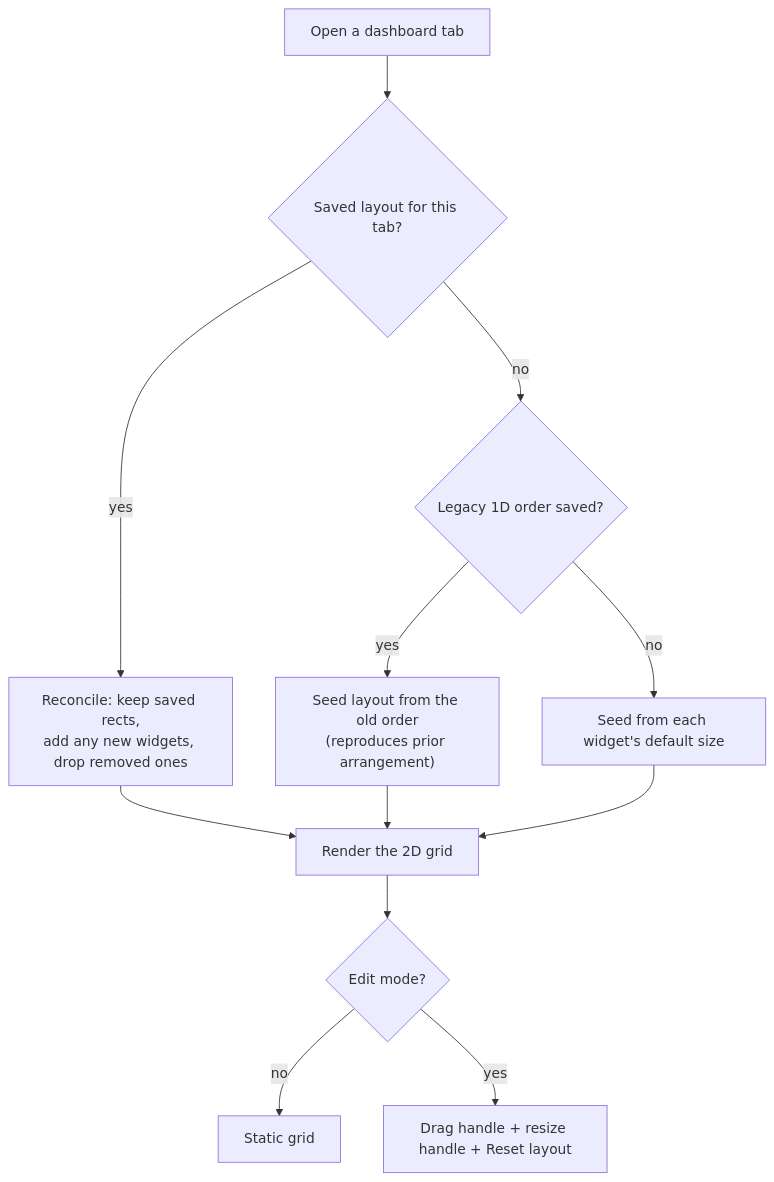
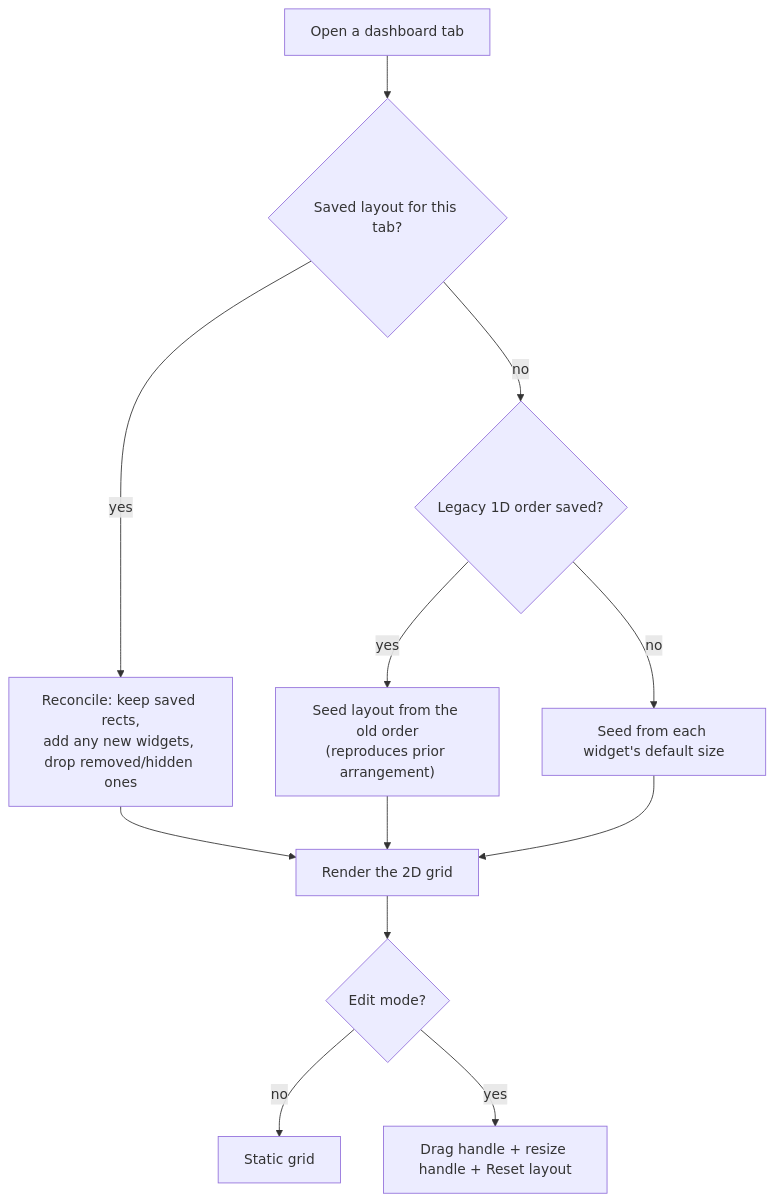
The diagram in src/renderer/pages/Dashboard/README.md (novasamatech/nova-spektr), drawn with Mermaid before and after one commit. The commit also changed other lines of this file and 27 other files, not shown here.

````diff
--- a/src/renderer/pages/Dashboard/README.md
+++ b/src/renderer/pages/Dashboard/README.md
@@ -41,14 +42,14 @@
 ```mermaid
 flowchart TD
     OPEN["Open a dashboard tab"] --> HAS{"Saved layout for this tab?"}
-    HAS -- "yes" --> RECON["Reconcile: keep saved rects,<br/>add any new widgets, drop removed ones"]
+    HAS -- "yes" --> RECON["Reconcile: keep saved rects,<br/>add any new widgets, drop removed/hidden ones"]
     HAS -- "no" --> SEED{"Legacy 1D order saved?"}
     SEED -- "yes" --> MIG["Seed layout from the old order<br/>(reproduces prior arrangement)"]
     SEED -- "no" --> DEF["Seed from each widget's default size"]
     RECON --> SHOW["Render the 2D grid"]
     MIG --> SHOW
     DEF --> SHOW
     SHOW --> EDIT{"Edit mode?"}
     EDIT -- "no" --> STATIC["Static grid"]
     EDIT -- "yes" --> TOOLS["Drag handle + resize handle + Reset layout"]
 ```
````
